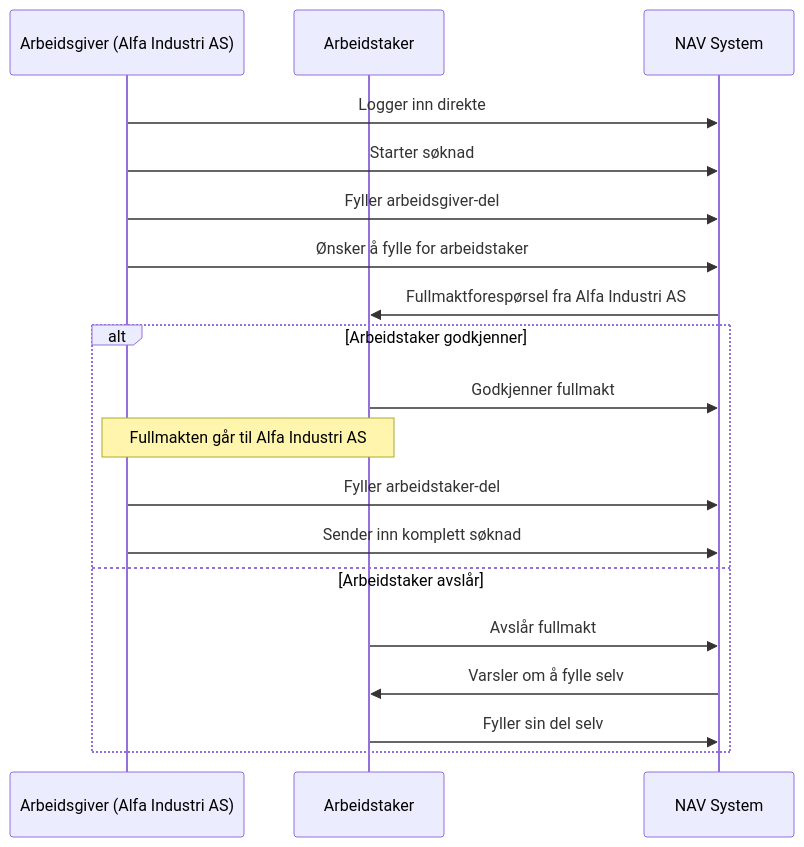
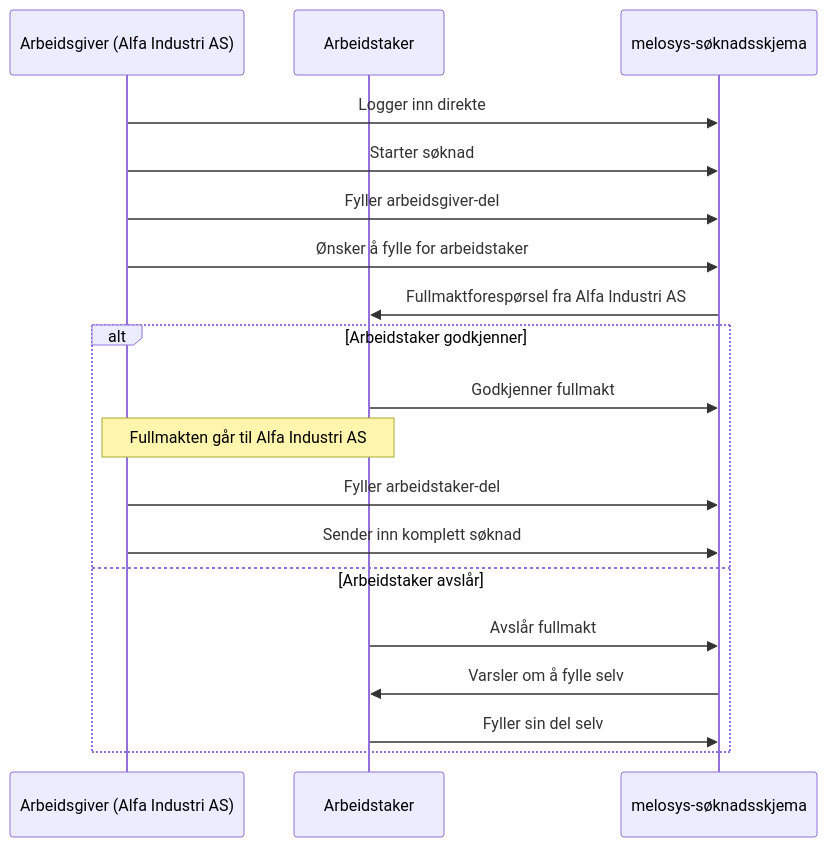
The second of 4 diagrams in fullmakt.md (navikt/melosys-skjema-api), drawn with Mermaid before and after one commit. The commit also changed other lines of this file and 2 other files, not shown here.

````diff
--- a/fullmakt.md
+++ b/fullmakt.md
@@ -71,24 +71,24 @@
 ```mermaid
 sequenceDiagram
     participant AG as Arbeidsgiver (Alfa Industri AS)
     participant AT as Arbeidstaker
-    participant System as NAV System
+    participant System as melosys-søknadsskjema
     
     AG->>System: Logger inn direkte
     AG->>System: Starter søknad
     AG->>System: Fyller arbeidsgiver-del
     AG->>System: Ønsker å fylle for arbeidstaker
     
     System->>AT: Fullmaktforespørsel fra Alfa Industri AS
     
     alt Arbeidstaker godkjenner
         AT->>System: Godkjenner fullmakt
         Note over AG,AT: Fullmakten går til Alfa Industri AS
         AG->>System: Fyller arbeidstaker-del
         AG->>System: Sender inn komplett søknad
     else Arbeidstaker avslår
         AT->>System: Avslår fullmakt
         System->>AT: Varsler om å fylle selv
         AT->>System: Fyller sin del selv
     end
 ```
````
